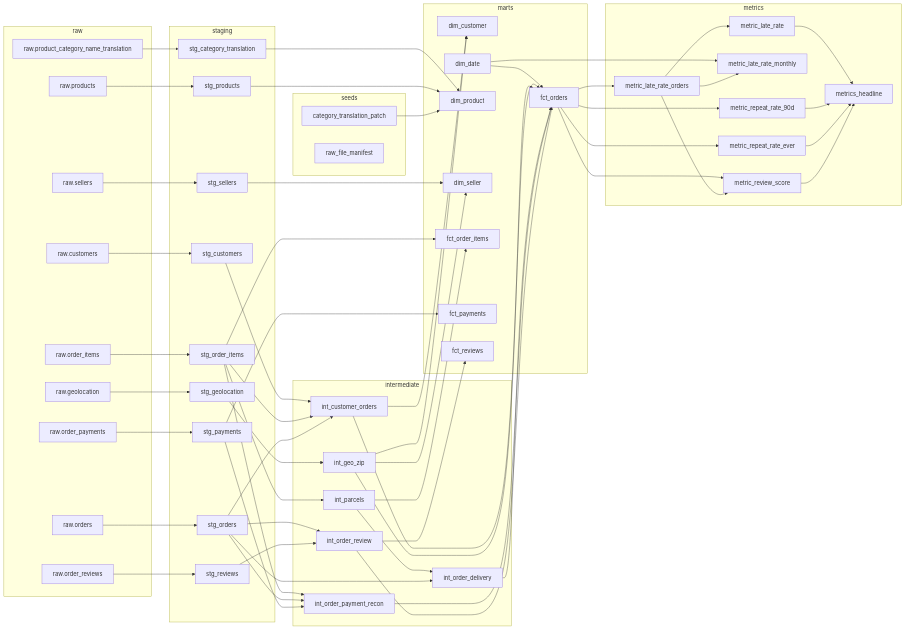
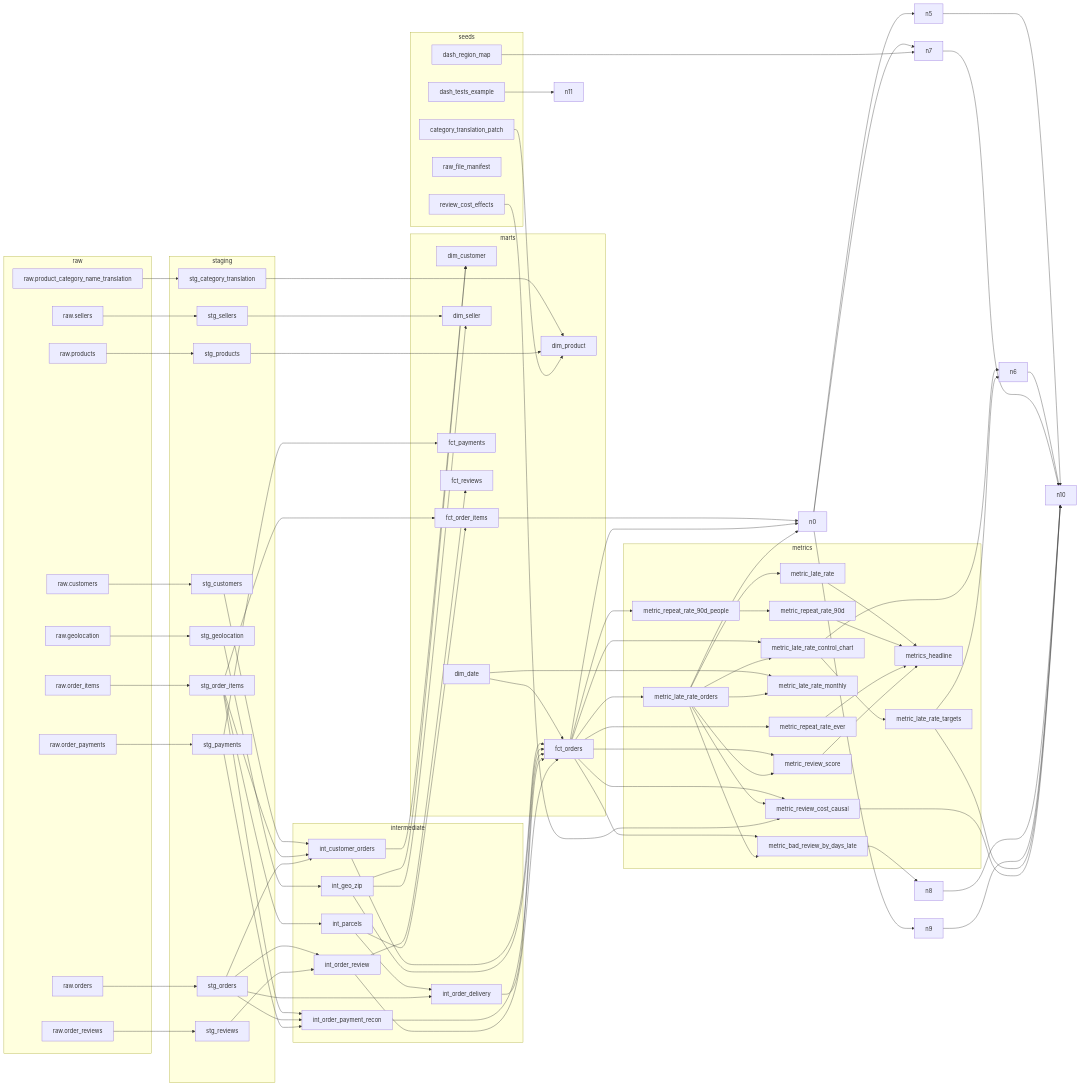
One commit to mikemoose1/olist-ecommerce-analytics changed the diagram in docs/LINEAGE.md. Above: the diagram before and after it, drawn with Mermaid. The commit also changed 37 other files, not shown here.

````diff
--- a/docs/LINEAGE.md
+++ b/docs/LINEAGE.md
@@ -5,106 +5,141 @@
 ```mermaid
 flowchart LR
   subgraph raw
-    n32[raw.customers]
-    n33[raw.geolocation]
-    n34[raw.order_items]
-    n35[raw.order_payments]
-    n36[raw.order_reviews]
-    n37[raw.orders]
-    n40[raw.product_category_name_translation]
-    n38[raw.products]
-    n39[raw.sellers]
+    n48[raw.customers]
+    n49[raw.geolocation]
+    n50[raw.order_items]
+    n51[raw.order_payments]
+    n52[raw.order_reviews]
+    n53[raw.orders]
+    n56[raw.product_category_name_translation]
+    n54[raw.products]
+    n55[raw.sellers]
   end
   subgraph seeds
-    n30[category_translation_patch]
-    n31[raw_file_manifest]
+    n43[category_translation_patch]
+    n44[dash_region_map]
+    n45[dash_tests_example]
+    n46[raw_file_manifest]
+    n47[review_cost_effects]
   end
   subgraph staging
-    n21[stg_category_translation]
-    n22[stg_customers]
-    n23[stg_geolocation]
-    n24[stg_order_items]
-    n25[stg_orders]
-    n26[stg_payments]
-    n27[stg_products]
-    n28[stg_reviews]
-    n29[stg_sellers]
+    n34[stg_category_translation]
+    n35[stg_customers]
+    n36[stg_geolocation]
+    n37[stg_order_items]
+    n38[stg_orders]
+    n39[stg_payments]
+    n40[stg_products]
+    n41[stg_reviews]
+    n42[stg_sellers]
   end
   subgraph intermediate
-    n8[int_customer_orders]
-    n9[int_geo_zip]
-    n10[int_order_delivery]
-    n11[int_order_payment_recon]
-    n12[int_order_review]
-    n13[int_parcels]
+    n16[int_customer_orders]
+    n17[int_geo_zip]
+    n18[int_order_delivery]
+    n19[int_order_payment_recon]
+    n20[int_order_review]
+    n21[int_parcels]
   end
   subgraph marts
-    n0[dim_customer]
-    n1[dim_date]
-    n2[dim_product]
-    n3[dim_seller]
-    n4[fct_order_items]
-    n5[fct_orders]
-    n6[fct_payments]
-    n7[fct_reviews]
+    n1[dim_customer]
+    n2[dim_date]
+    n3[dim_product]
+    n4[dim_seller]
+    n12[fct_order_items]
+    n13[fct_orders]
+    n14[fct_payments]
+    n15[fct_reviews]
   end
   subgraph metrics
-    n14[metric_late_rate]
-    n15[metric_late_rate_monthly]
-    n16[metric_late_rate_orders]
-    n17[metric_repeat_rate_90d]
-    n18[metric_repeat_rate_ever]
-    n19[metric_review_score]
-    n20[metrics_headline]
+    n22[metric_bad_review_by_days_late]
+    n23[metric_late_rate]
+    n24[metric_late_rate_control_chart]
+    n25[metric_late_rate_monthly]
+    n26[metric_late_rate_orders]
+    n27[metric_late_rate_targets]
+    n28[metric_repeat_rate_90d]
+    n29[metric_repeat_rate_90d_people]
+    n30[metric_repeat_rate_ever]
+    n31[metric_review_cost_causal]
+    n32[metric_review_score]
+    n33[metrics_headline]
   end
-  n1 --> n5
-  n1 --> n15
-  n5 --> n16
-  n5 --> n17
-  n5 --> n18
-  n5 --> n19
-  n8 --> n0
-  n8 --> n5
-  n9 --> n0
-  n9 --> n3
-  n9 --> n5
-  n10 --> n5
-  n11 --> n5
-  n12 --> n5
-  n12 --> n7
-  n13 --> n4
-  n13 --> n10
-  n14 --> n20
-  n16 --> n14
-  n16 --> n15
-  n16 --> n19
-  n17 --> n20
-  n18 --> n20
-  n19 --> n20
-  n21 --> n2
+  n0 --> n5
+  n0 --> n7
+  n0 --> n9
+  n2 --> n13
+  n2 --> n25
+  n5 --> n10
+  n6 --> n10
+  n7 --> n10
+  n8 --> n10
+  n9 --> n10
+  n12 --> n0
+  n13 --> n0
+  n13 --> n22
+  n13 --> n24
+  n13 --> n26
+  n13 --> n29
+  n13 --> n30
+  n13 --> n31
+  n13 --> n32
+  n16 --> n1
+  n16 --> n13
+  n17 --> n1
+  n17 --> n4
+  n17 --> n13
+  n18 --> n13
+  n19 --> n13
+  n20 --> n13
+  n20 --> n15
+  n21 --> n12
+  n21 --> n18
   n22 --> n8
-  n23 --> n9
-  n24 --> n4
-  n24 --> n8
-  n24 --> n11
-  n24 --> n13
-  n25 --> n8
-  n25 --> n10
-  n25 --> n11
-  n25 --> n12
-  n26 --> n6
-  n26 --> n11
-  n27 --> n2
-  n28 --> n12
-  n29 --> n3
-  n30 --> n2
-  n32 --> n22
-  n33 --> n23
-  n34 --> n24
-  n35 --> n26
-  n36 --> n28
-  n37 --> n25
-  n38 --> n27
-  n39 --> n29
-  n40 --> n21
+  n23 --> n33
+  n24 --> n6
+  n24 --> n27
+  n26 --> n0
+  n26 --> n22
+  n26 --> n23
+  n26 --> n24
+  n26 --> n25
+  n26 --> n31
+  n26 --> n32
+  n27 --> n6
+  n27 --> n10
+  n28 --> n33
+  n29 --> n28
+  n30 --> n33
+  n31 --> n10
+  n32 --> n33
+  n34 --> n3
+  n35 --> n16
+  n36 --> n17
+  n37 --> n12
+  n37 --> n16
+  n37 --> n19
+  n37 --> n21
+  n38 --> n16
+  n38 --> n18
+  n38 --> n19
+  n38 --> n20
+  n39 --> n14
+  n39 --> n19
+  n40 --> n3
+  n41 --> n20
+  n42 --> n4
+  n43 --> n3
+  n44 --> n7
+  n45 --> n11
+  n47 --> n31
+  n48 --> n35
+  n49 --> n36
+  n50 --> n37
+  n51 --> n39
+  n52 --> n41
+  n53 --> n38
+  n54 --> n40
+  n55 --> n42
+  n56 --> n34
 ```
````
